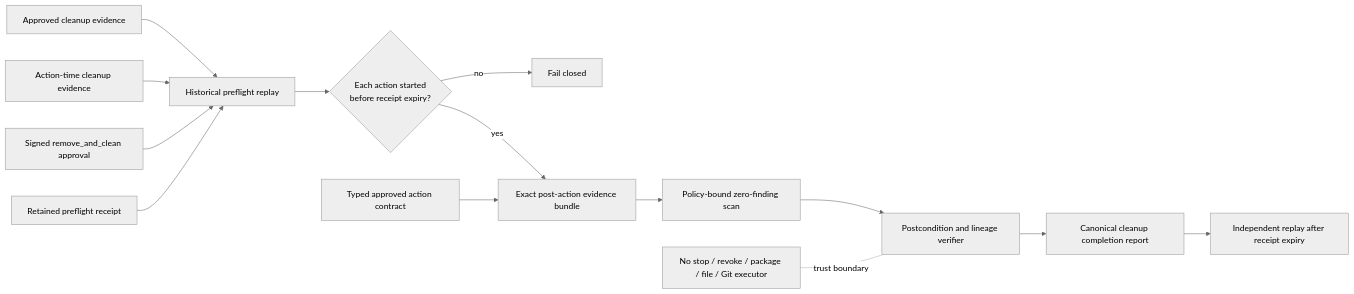
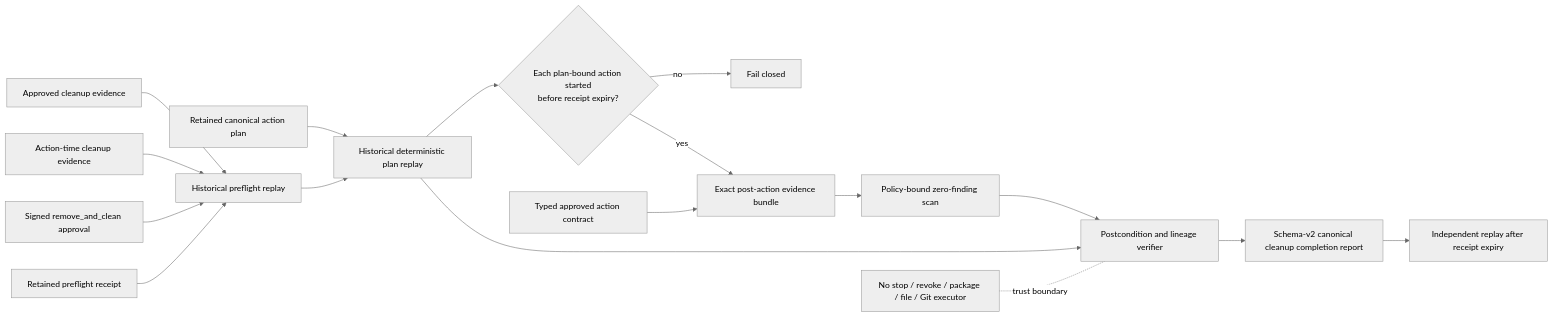
The diagram in docs/architecture/diagrams/phase-10-cleanup-outcome.mmd (AegisFintech/AIQuantTrader), drawn with Mermaid (neutral theme) before and after one commit. The commit also changed 20 other files, not shown here.

```diff
--- a/docs/architecture/diagrams/phase-10-cleanup-outcome.mmd
+++ b/docs/architecture/diagrams/phase-10-cleanup-outcome.mmd
@@ -1,15 +1,18 @@
 flowchart LR
     A[Approved cleanup evidence] --> P[Historical preflight replay]
     B[Action-time cleanup evidence] --> P
     C[Signed remove_and_clean approval] --> P
     D[Retained preflight receipt] --> P
-    P --> W{Each action started<br/>before receipt expiry?}
+    AP[Retained canonical action plan] --> H[Historical deterministic plan replay]
+    P --> H
+    H --> W{Each plan-bound action started<br/>before receipt expiry?}
     W -- no --> F[Fail closed]
     W -- yes --> O[Exact post-action evidence bundle]
     E[Typed approved action contract] --> O
     O --> S[Policy-bound zero-finding scan]
     S --> V[Postcondition and lineage verifier]
-    V --> R[Canonical cleanup completion report]
+    H --> V
+    V --> R[Schema-v2 canonical cleanup completion report]
     R --> Q[Independent replay after receipt expiry]
 
     X[No stop / revoke / package / file / Git executor] -. trust boundary .- V
```
